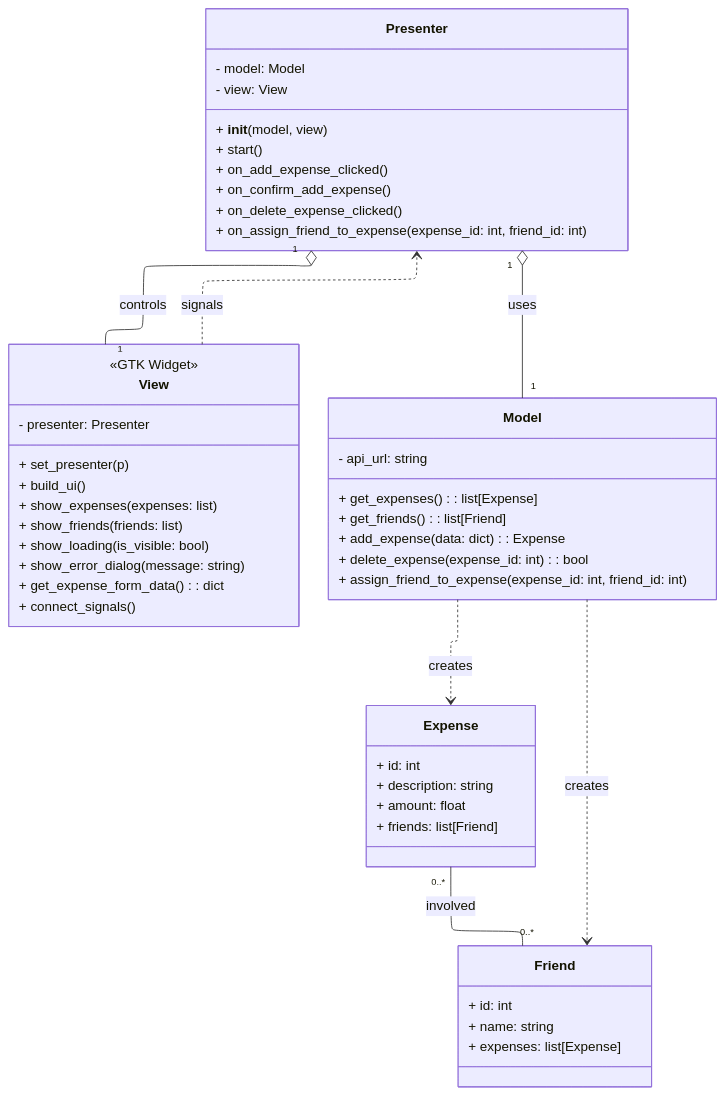
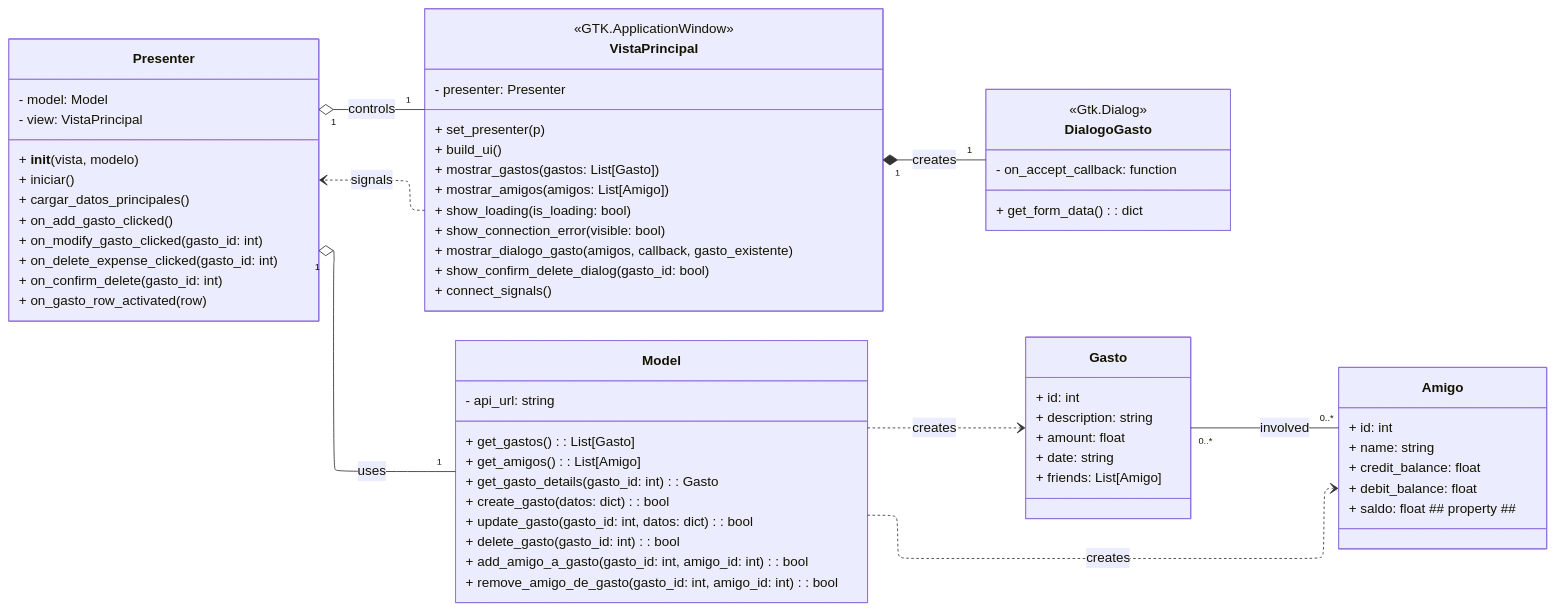
The first of 6 diagrams in diseño_sw.md (pablofernandezz/hmi-desktop-app), drawn with Mermaid before and after one commit. The commit also changed other lines of this file and 1 other file, not shown here.

Commit message:
Corrección pantallas de carga y diagramas corregidos y finalizados.

````diff
--- a/diseño_sw.md
+++ b/diseño_sw.md
@@ -31,55 +31,71 @@
 ```mermaid
 ---
 config:
   layout: elk
 ---
 classDiagram
-    class View {
-        <<GTK Widget>>
+    direction LR
+    class VistaPrincipal {
+        <<GTK.ApplicationWindow>>
         - presenter: Presenter
         + set_presenter(p)
         + build_ui()
-        + show_expenses(expenses: list)
-        + show_friends(friends: list)
-        + show_loading(is_visible: bool)
-        + show_error_dialog(message: string)
-        + get_expense_form_data(): dict
+        + mostrar_gastos(gastos: List[Gasto])
+        + mostrar_amigos(amigos: List[Amigo])
+        + show_loading(is_loading: bool)
+        + show_connection_error(visible: bool)
+        + mostrar_dialogo_gasto(amigos, callback, gasto_existente)
+        + show_confirm_delete_dialog(gasto_id: bool)
         + connect_signals()
+    }
+    class DialogoGasto {
+        <<Gtk.Dialog>>
+        - on_accept_callback: function
+        + get_form_data(): dict
     }
     class Presenter {
         - model: Model
-        - view: View
-        + __init__(model, view)
-        + start()
-        + on_add_expense_clicked()
-        + on_confirm_add_expense()
-        + on_delete_expense_clicked()
-        + on_assign_friend_to_expense(expense_id: int, friend_id: int)
+        - view: VistaPrincipal
+        + __init__(vista, modelo)
+        + iniciar()
+        + cargar_datos_principales()
+        + on_add_gasto_clicked()
+        + on_modify_gasto_clicked(gasto_id: int)
+        + on_delete_expense_clicked(gasto_id: int)
+        + on_confirm_delete(gasto_id: int)
+        + on_gasto_row_activated(row)
     }
     class Model {
         - api_url: string
-        + get_expenses() : list[Expense]
-        + get_friends() : list[Friend]
-        + add_expense(data: dict) : Expense
-        + delete_expense(expense_id: int) : bool
-        + assign_friend_to_expense(expense_id: int, friend_id: int)
+        + get_gastos() : List[Gasto]
+        + get_amigos() : List[Amigo]
+        + get_gasto_details(gasto_id: int): Gasto
+        + create_gasto(datos: dict): bool
+        + update_gasto(gasto_id: int, datos: dict): bool
+        + delete_gasto(gasto_id: int): bool
+        + add_amigo_a_gasto(gasto_id: int, amigo_id: int): bool
+        + remove_amigo_de_gasto(gasto_id: int, amigo_id: int): bool
     }
-    class Expense {
+    class Gasto {
         + id: int
         + description: string
         + amount: float
-        + friends: list[Friend]
+        + date: string
+        + friends: List[Amigo]
     }
-    class Friend {
+    class Amigo {
         + id: int
         + name: string
-        + expenses: list[Expense]
+        + credit_balance: float
+        + debit_balance: float
+        + saldo: float ## property ##
     }
     Presenter "1" o-- "1" Model : uses
-    Presenter "1" o-- "1" View : controls
-    View ..> Presenter : signals
-    Model ..> Expense : creates
-    Model ..> Friend : creates
-    Expense "0..*" -- "0..*" Friend : involved
+    Presenter "1" o-- "1" VistaPrincipal : controls
+    VistaPrincipal ..> Presenter : signals
+    VistaPrincipal "1" *-- "1" DialogoGasto : creates
+    Model ..> Gasto : creates
+    Model ..> Amigo : creates
+    Gasto "0..*" -- "0..*" Amigo : involved
 
 ```
````
